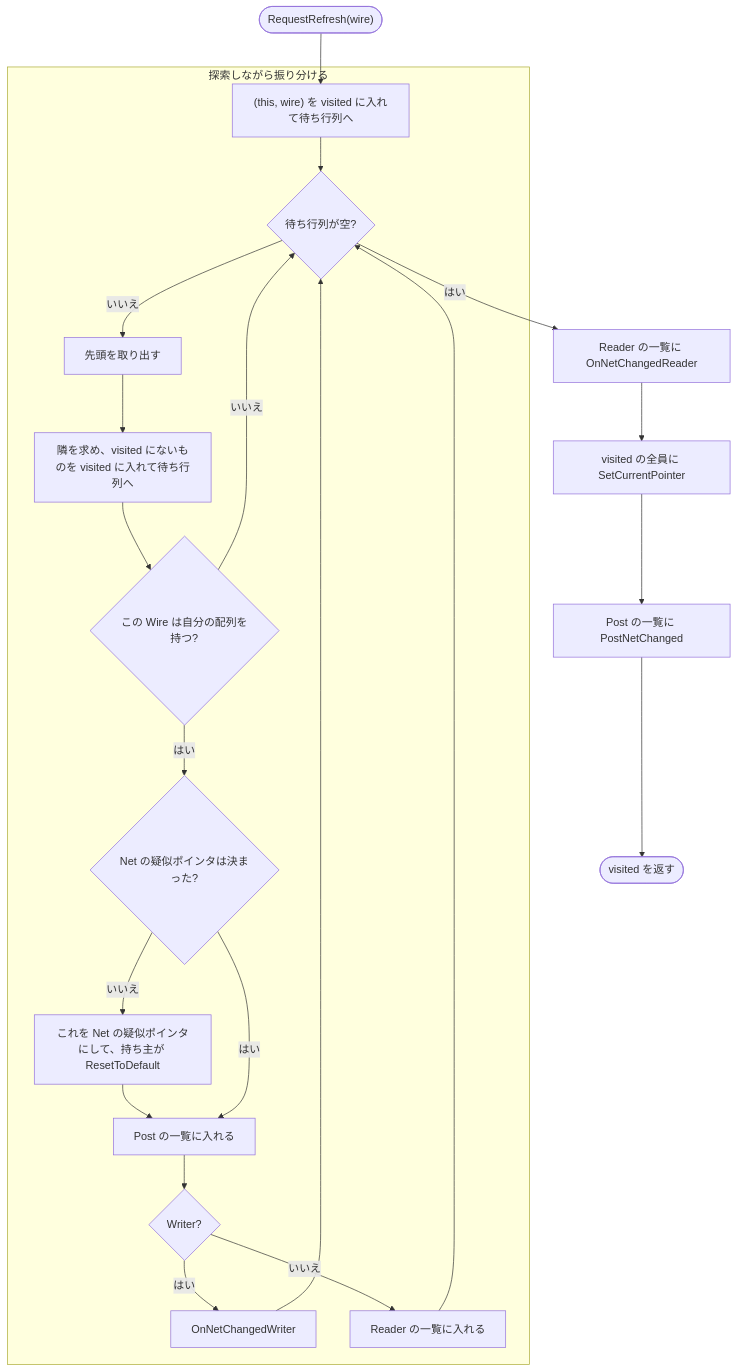
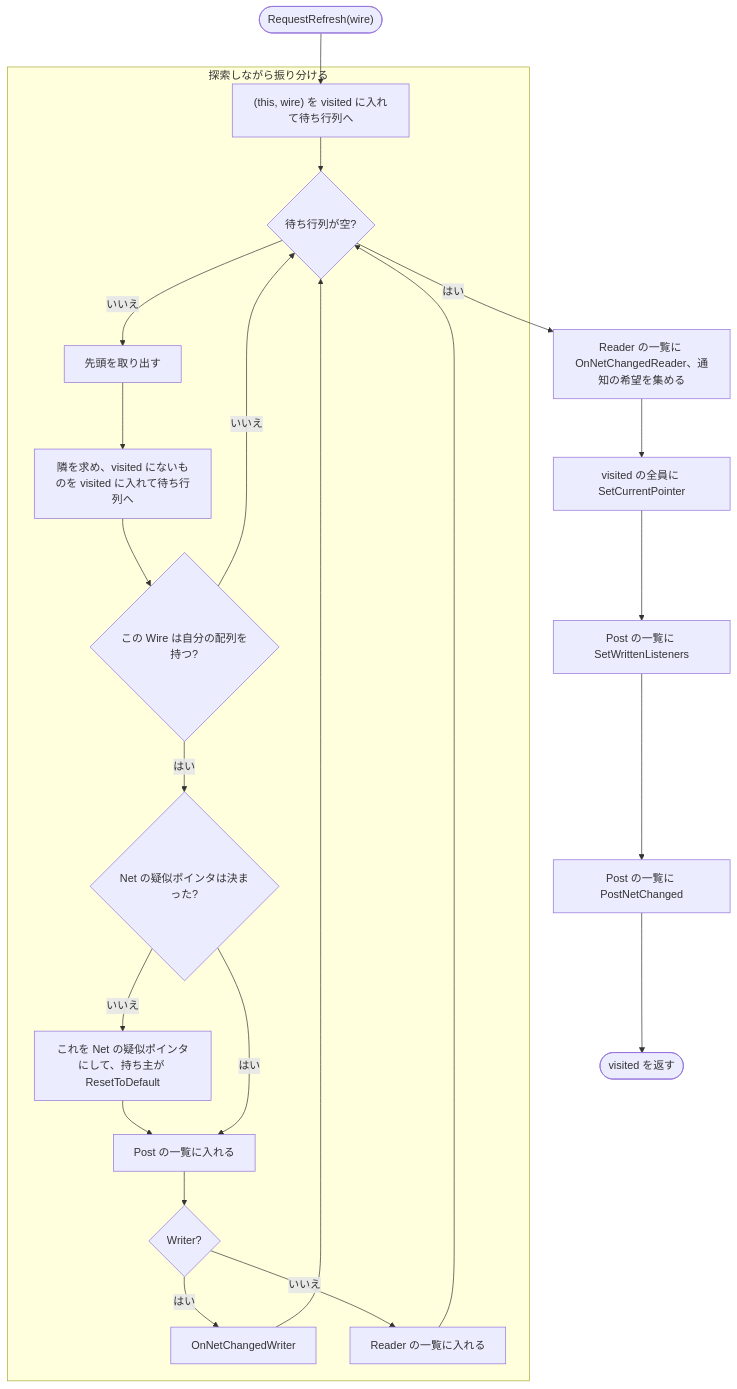
One commit to frou01/UdonSharpPickupCable changed the third of 3 diagrams in Design.md. Above: the diagram before and after it, drawn with Mermaid. The commit also changed other lines of this file, not shown here.

````diff
--- a/Design.md
+++ b/Design.md
@@ -197,22 +207,23 @@
 ```mermaid
 flowchart TD
   s0(["RequestRefresh(wire)"]) --> b1["(this, wire) を visited に入れて待ち行列へ"]
   subgraph 探索しながら振り分ける
     b1 --> b2{"待ち行列が空?"}
     b2 -- いいえ --> b3["先頭を取り出す"]
     b3 --> b4["隣を求め、visited にないものを visited に入れて待ち行列へ"]
     b4 --> b5{"この Wire は自分の配列を持つ?"}
     b5 -- いいえ --> b2
     b5 -- はい --> b6{"Net の疑似ポインタは決まった?"}
     b6 -- いいえ --> b7["これを Net の疑似ポインタにして、持ち主が ResetToDefault"]
     b7 --> b8
     b6 -- はい --> b8["Post の一覧に入れる"]
     b8 --> b9{"Writer?"}
     b9 -- はい --> b10["OnNetChangedWriter"] --> b2
     b9 -- いいえ --> b11["Reader の一覧に入れる"] --> b2
   end
-  b2 -- はい --> a1["Reader の一覧に OnNetChangedReader"]
+  b2 -- はい --> a1["Reader の一覧に OnNetChangedReader、通知の希望を集める"]
   a1 --> a2["visited の全員に SetCurrentPointer"]
-  a2 --> a3["Post の一覧に PostNetChanged"]
+  a2 --> a4["Post の一覧に SetWrittenListeners"]
+  a4 --> a3["Post の一覧に PostNetChanged"]
   a3 --> e0(["visited を返す"])
 ```
````
